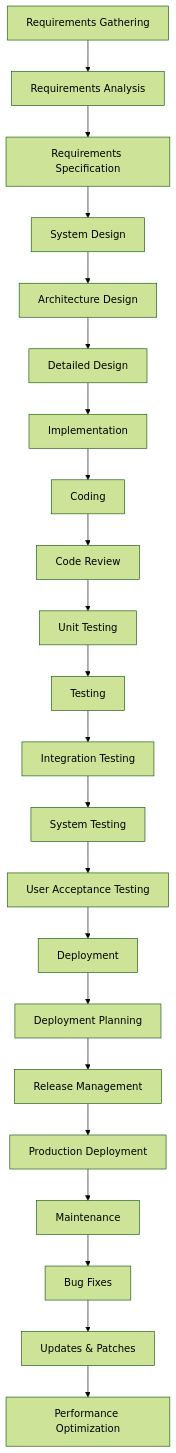
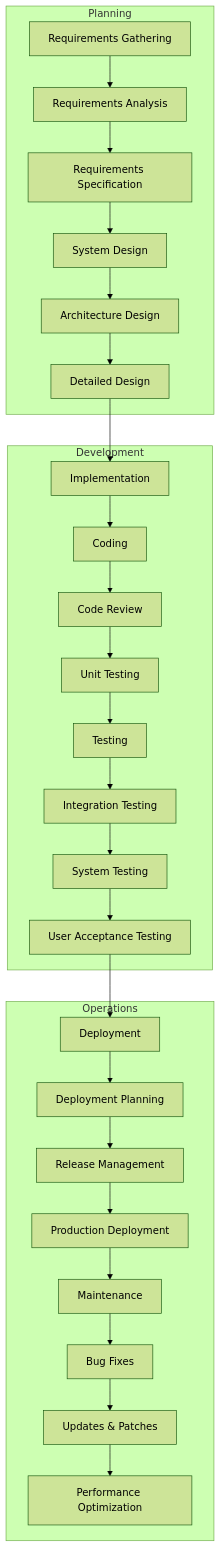
Before and after one commit to isauravmanitripathi/Animate-Mermaid-Chart: the diagram in temp-charts/flowchart_sequence/image_22.mmd, drawn with Mermaid (forest theme). The commit also changed 58 other files, not shown here.

Commit message:
added proper working diagrams

```diff
--- a/temp-charts/flowchart_sequence/image_22.mmd
+++ b/temp-charts/flowchart_sequence/image_22.mmd
@@ -1,22 +1,53 @@
 flowchart TD
-A[Requirements Gathering] --> A1[Requirements Analysis]
-A1 --> A2[Requirements Specification]
-A2 --> B[System Design]
-B --> B1[Architecture Design]
-B1 --> B2[Detailed Design]
-B2 --> C[Implementation]
-C --> C1[Coding]
-C1 --> C2[Code Review]
-C2 --> C3[Unit Testing]
-C3 --> D[Testing]
-D --> D1[Integration Testing]
-D1 --> D2[System Testing]
-D2 --> D3[User Acceptance Testing]
-D3 --> E[Deployment]
-E --> E1[Deployment Planning]
-E1 --> E2[Release Management]
-E2 --> E3[Production Deployment]
-E3 --> F[Maintenance]
-F --> F1[Bug Fixes]
-F1 --> F2[Updates & Patches]
-F2 --> F3[Performance Optimization]
+    A[Requirements Gathering] --> A1[Requirements Analysis]
+    A1 --> A2[Requirements Specification]
+    A2 --> B[System Design]
+    B --> B1[Architecture Design]
+    B1 --> B2[Detailed Design]
+    B2 --> C[Implementation]
+    C --> C1[Coding]
+    C1 --> C2[Code Review]
+    C2 --> C3[Unit Testing]
+    C3 --> D[Testing]
+    D --> D1[Integration Testing]
+    D1 --> D2[System Testing]
+    D2 --> D3[User Acceptance Testing]
+    D3 --> E[Deployment]
+    E --> E1[Deployment Planning]
+    E1 --> E2[Release Management]
+    E2 --> E3[Production Deployment]
+    E3 --> F[Maintenance]
+    F --> F1[Bug Fixes]
+    F1 --> F2[Updates & Patches]
+    F2 --> F3[Performance Optimization]
+
+subgraph Planning
+A
+A1
+A2
+B
+B1
+B2
+end
+
+subgraph Development
+C
+C1
+C2
+C3
+D
+D1
+D2
+D3
+end
+
+subgraph Operations
+E
+E1
+E2
+E3
+F
+F1
+F2
+F3
+end
```
